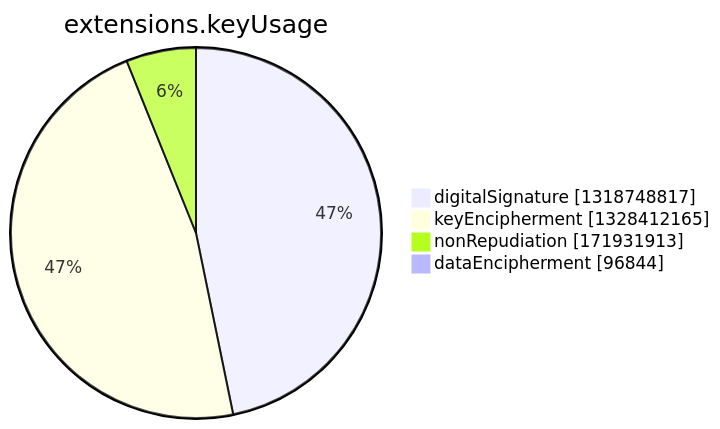
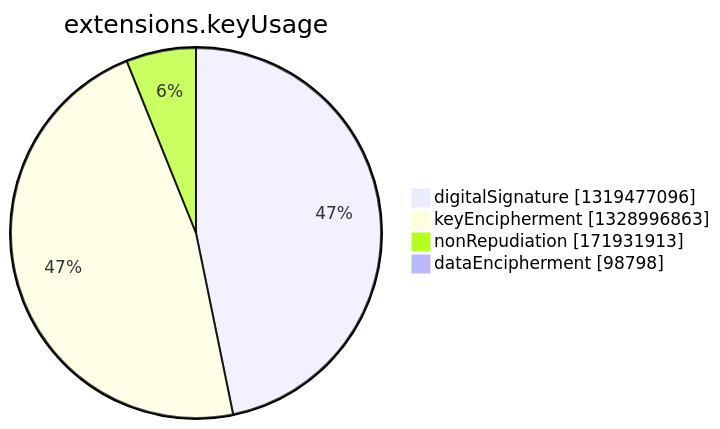
Before and after one commit to christiankrug/ctmonitor_visualization: the seventh of 15 diagrams in argon2022/README.md, drawn with Mermaid. The commit also changed other lines of this file, not shown here.

````diff
--- a/argon2022/README.md
+++ b/argon2022/README.md
@@ -2750,8 +2750,8 @@
 ```mermaid
 pie showData
 title extensions.keyUsage
-"digitalSignature" :1318748817
-"keyEncipherment" :1328412165
+"digitalSignature" :1319477096
+"keyEncipherment" :1328996863
 "nonRepudiation" :171931913
-"dataEncipherment" :96844
+"dataEncipherment" :98798
 ```
````
